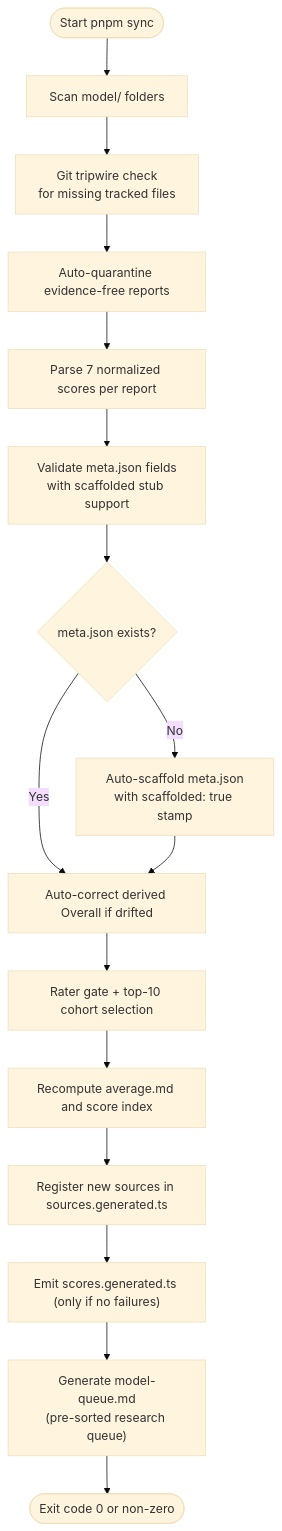
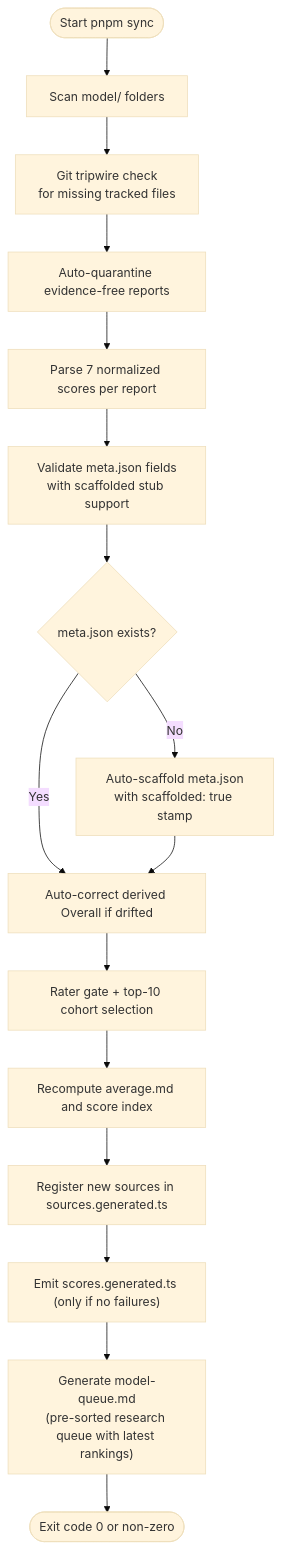
The second of 8 diagrams in .qoder/repowiki/en/content/Build & Development Pipeline/Build & Development Pipeline.md (delirium-dj/modelcomp), drawn with Mermaid (base theme) before and after one commit. The commit also changed other lines of this file and 242 other files, not shown here.

First line of the commit message:
docs(pipeline): document batch operations and enhance model queue with rankings

````diff
--- a/.qoder/repowiki/en/content/Build & Development Pipeline/Build & Development Pipeline.md
+++ b/.qoder/repowiki/en/content/Build & Development Pipeline/Build & Development Pipeline.md
@@ -144,18 +161,18 @@
 ```mermaid
 flowchart TD
 Start(["Start pnpm sync"]) --> Scan["Scan model/<slug> folders"]
 Scan --> Tripwire["Git tripwire check<br/>for missing tracked files"]
 Tripwire --> Quarantine["Auto-quarantine evidence-free reports"]
 Quarantine --> Parse["Parse 7 normalized scores per report"]
 Parse --> ValidateMeta["Validate meta.json fields<br/>with scaffolded stub support"]
 ValidateMeta --> ScaffoldCheck{"meta.json exists?"}
 ScaffoldCheck --> |No| AutoScaffold["Auto-scaffold meta.json<br/>with scaffolded: true stamp"]
 ScaffoldCheck --> |Yes| CorrectOverall["Auto-correct derived Overall if drifted"]
 AutoScaffold --> CorrectOverall
 CorrectOverall --> Gate["Rater gate + top-10 cohort selection"]
 Gate --> Average["Recompute average.md and score index"]
 Average --> Register["Register new sources in sources.generated.ts"]
 Register --> Emit["Emit scores.generated.ts (only if no failures)"]
-Emit --> QueueGen["Generate model-queue.md<br/>(pre-sorted research queue)"]
+Emit --> QueueGen["Generate model-queue.md<br/>(pre-sorted research queue with latest rankings)"]
 QueueGen --> Exit(["Exit code 0 or non-zero"])
 ```
````
